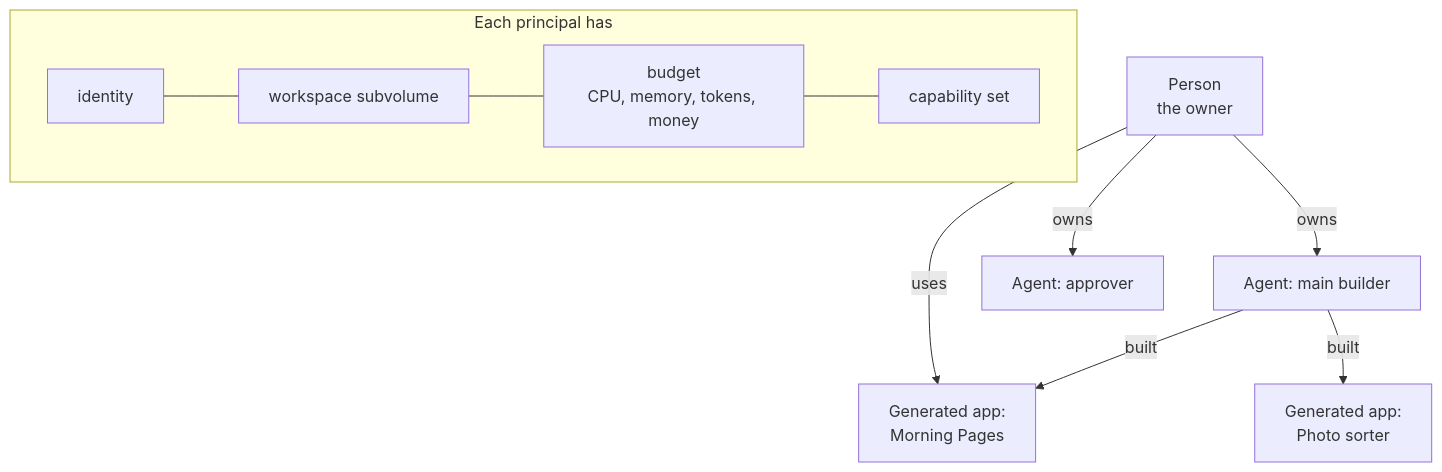
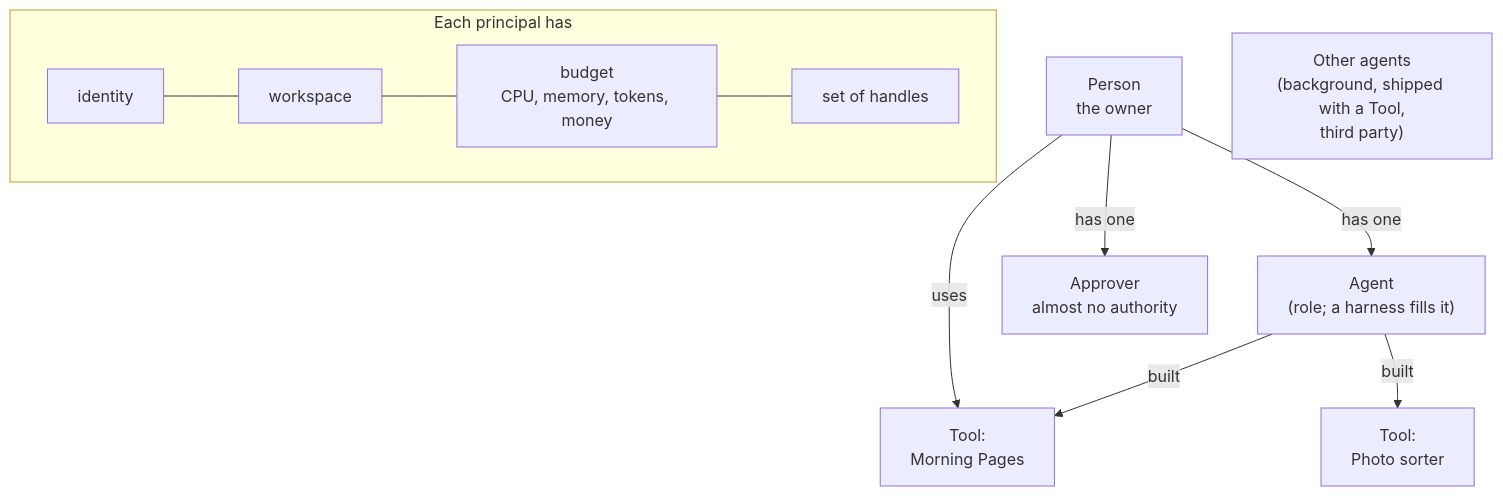
One commit to crowbaros/crowbaros changed the first of 4 diagrams in docs/agent-first/design/capability-model.md. Above: the diagram before and after it, drawn with Mermaid. The commit also changed other lines of this file and 14 other files, not shown here.

````diff
--- a/docs/agent-first/design/capability-model.md
+++ b/docs/agent-first/design/capability-model.md
@@ -29,11 +34,12 @@
 ```mermaid
 flowchart TB
-    P[Person<br/>the owner] -->|owns| AG1[Agent: main builder]
-    P -->|owns| AG2[Agent: approver]
-    AG1 -->|built| APP1[Generated app:<br/>Morning Pages]
-    AG1 -->|built| APP2[Generated app:<br/>Photo sorter]
-    P -->|uses| APP1
+    P["Person<br/>the owner"] -->|"has one"| AG["Agent<br/>(role; a harness fills it)"]
+    P -->|"has one"| APR["Approver<br/>almost no authority"]
+    AG -->|built| T1["Tool:<br/>Morning Pages"]
+    AG -->|built| T2["Tool:<br/>Photo sorter"]
+    P -->|uses| T1
+    BG["Other agents<br/>(background, shipped with a Tool,<br/>third party)"]
     subgraph "Each principal has"
-        ID[identity] --- WS[workspace subvolume] --- BU[budget<br/>CPU, memory, tokens, money] --- CS[capability set]
+        ID[identity] --- WS[workspace] --- BU[budget<br/>CPU, memory, tokens, money] --- CS[set of handles]
     end
 ```
````
